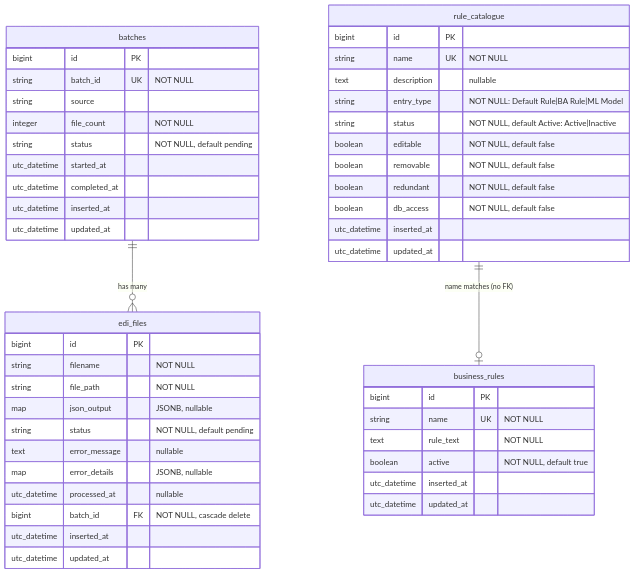
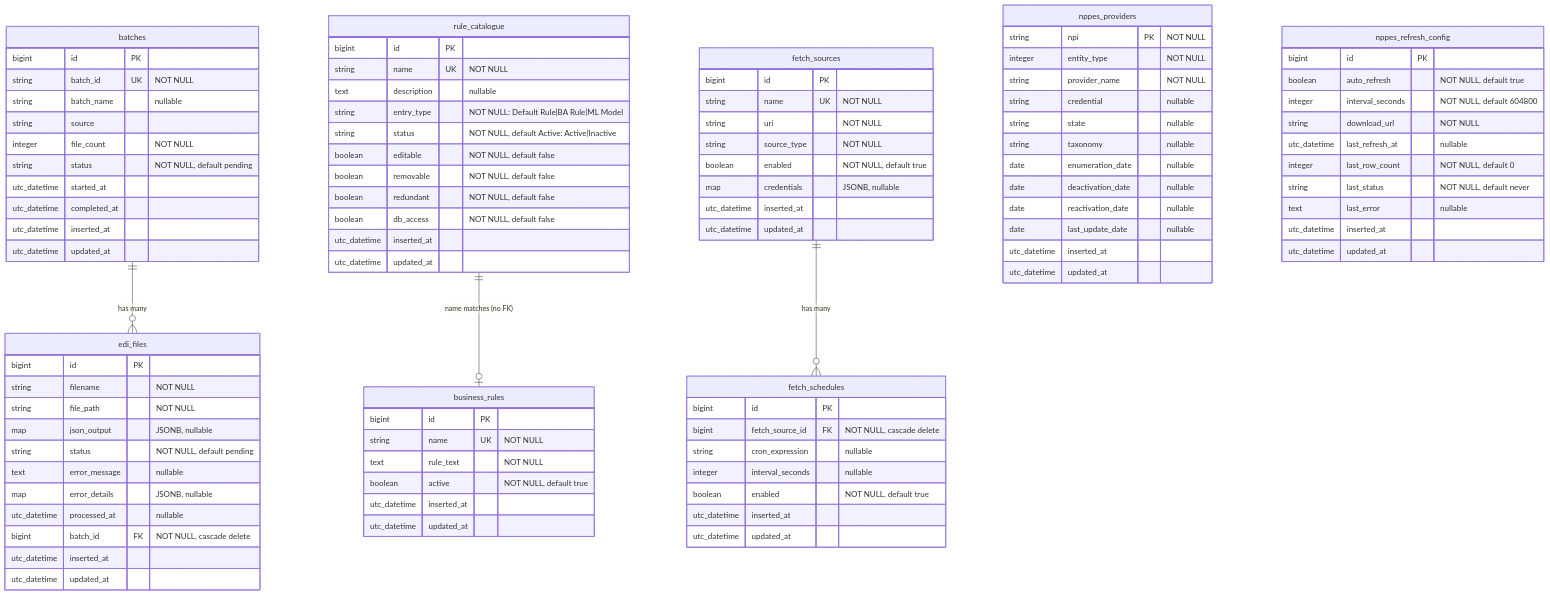
The diagram in docs/DATABASE_ERD.md (donfox/medicaid_claims_checker), drawn with Mermaid before and after one commit. The commit also changed other lines of this file and 92 other files, not shown here.

````diff
--- a/docs/DATABASE_ERD.md
+++ b/docs/DATABASE_ERD.md
@@ -8,10 +8,12 @@
 erDiagram
     batches ||--o{ edi_files : "has many"
     rule_catalogue ||--o| business_rules : "name matches (no FK)"
+    fetch_sources ||--o{ fetch_schedules : "has many"
 
     batches {
         bigint id PK
         string batch_id UK "NOT NULL"
+        string batch_name "nullable"
         string source
         integer file_count "NOT NULL"
         string status "NOT NULL, default pending"
@@ -57,4 +59,53 @@
         utc_datetime inserted_at
         utc_datetime updated_at
     }
+
+    nppes_providers {
+        string npi PK "NOT NULL"
+        integer entity_type "NOT NULL"
+        string provider_name "NOT NULL"
+        string credential "nullable"
+        string state "nullable"
+        string taxonomy "nullable"
+        date enumeration_date "nullable"
+        date deactivation_date "nullable"
+        date reactivation_date "nullable"
+        date last_update_date "nullable"
+        utc_datetime inserted_at
+        utc_datetime updated_at
+    }
+
+    fetch_sources {
+        bigint id PK
+        string name UK "NOT NULL"
+        string uri "NOT NULL"
+        string source_type "NOT NULL"
+        boolean enabled "NOT NULL, default true"
+        map credentials "JSONB, nullable"
+        utc_datetime inserted_at
+        utc_datetime updated_at
+    }
+
+    fetch_schedules {
+        bigint id PK
+        bigint fetch_source_id FK "NOT NULL, cascade delete"
+        string cron_expression "nullable"
+        integer interval_seconds "nullable"
+        boolean enabled "NOT NULL, default true"
+        utc_datetime inserted_at
+        utc_datetime updated_at
+    }
+
+    nppes_refresh_config {
+        bigint id PK
+        boolean auto_refresh "NOT NULL, default true"
+        integer interval_seconds "NOT NULL, default 604800"
+        string download_url "NOT NULL"
+        utc_datetime last_refresh_at "nullable"
+        integer last_row_count "NOT NULL, default 0"
+        string last_status "NOT NULL, default never"
+        text last_error "nullable"
+        utc_datetime inserted_at
+        utc_datetime updated_at
+    }
 ```
````
